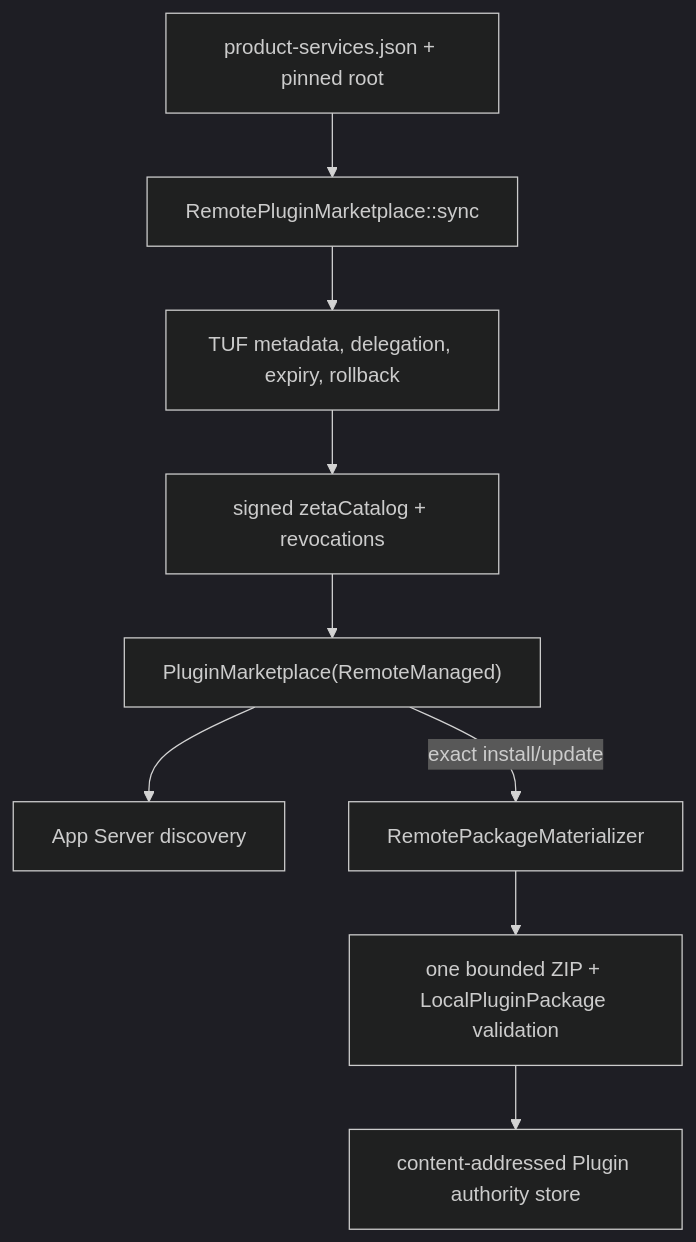
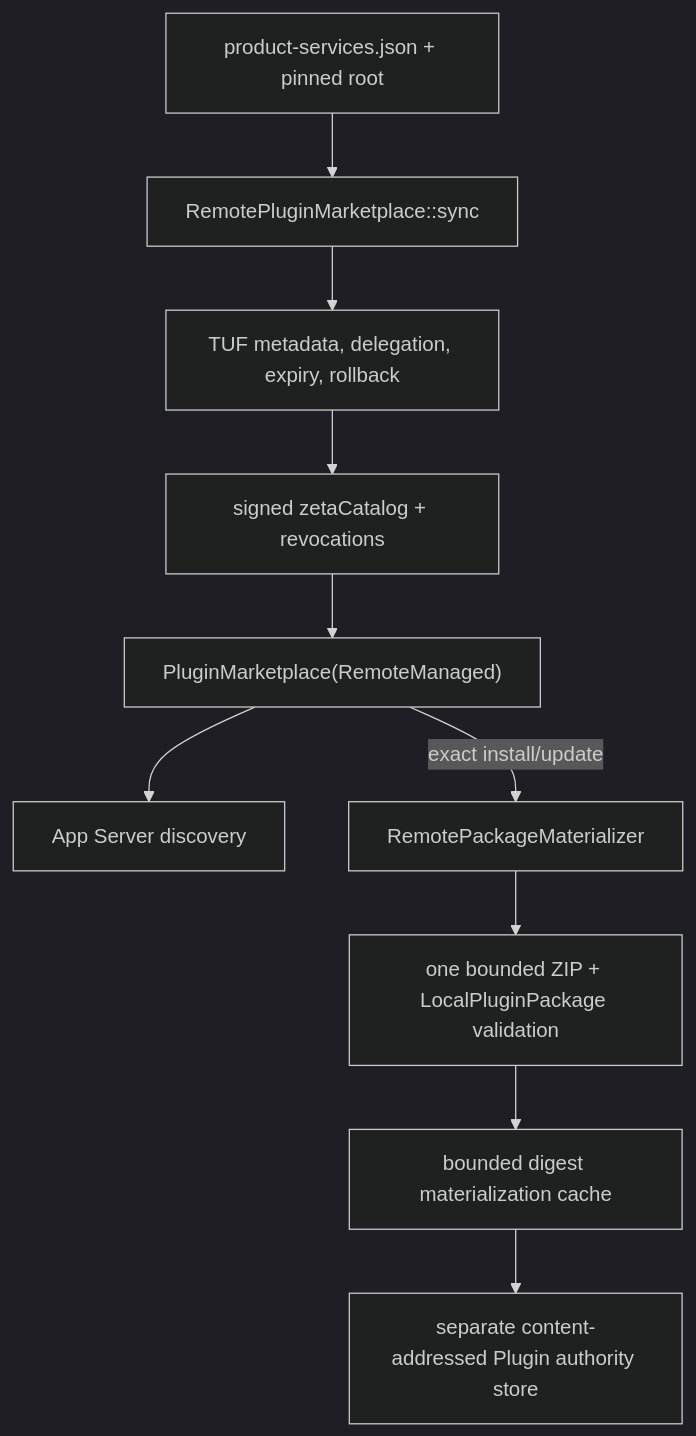
Before and after one commit to chogng/zeta: the diagram in zeta-rs/plugin-marketplace/README.md, drawn with Mermaid (dark theme). The commit also changed other lines of this file and 13 other files, not shown here.

````diff
--- a/zeta-rs/plugin-marketplace/README.md
+++ b/zeta-rs/plugin-marketplace/README.md
@@ -41,11 +47,12 @@
 ```mermaid
 flowchart TD
     C["product-services.json + pinned root"] --> S["RemotePluginMarketplace::sync"]
     S --> T["TUF metadata, delegation, expiry, rollback"]
     T --> D["signed zetaCatalog + revocations"]
     D --> M["PluginMarketplace(RemoteManaged)"]
     M --> A["App Server discovery"]
     M -->|"exact install/update"| P["RemotePackageMaterializer"]
     P --> Z["one bounded ZIP + LocalPluginPackage validation"]
-    Z --> O["content-addressed Plugin authority store"]
+    Z --> Q["bounded digest materialization cache"]
+    Q --> O["separate content-addressed Plugin authority store"]
 ```
````
